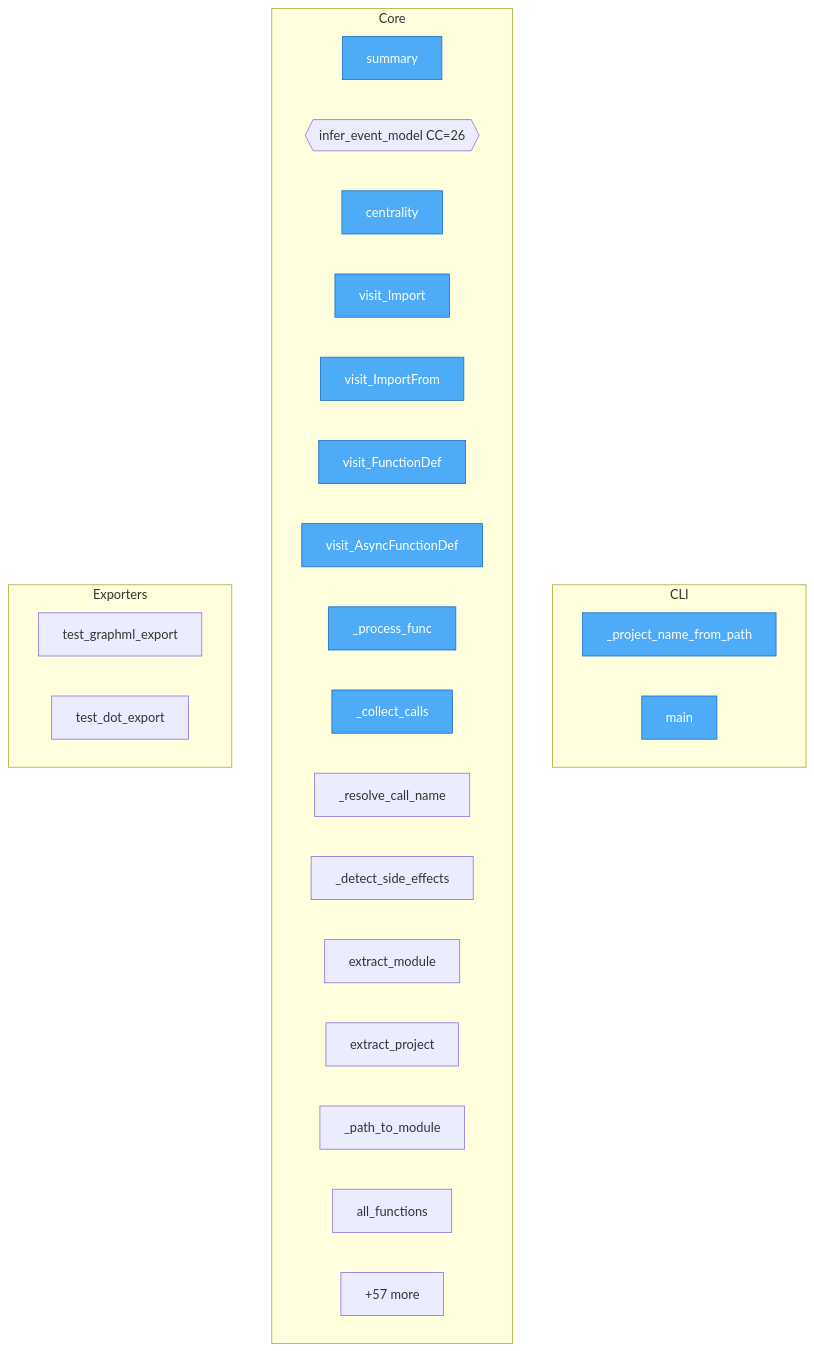
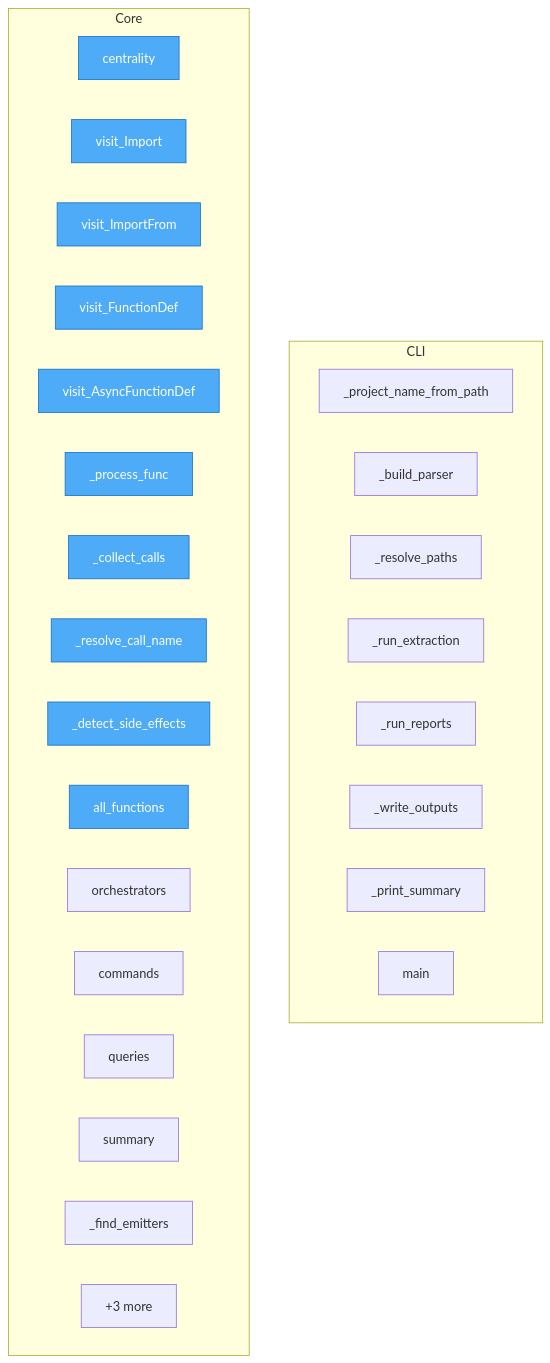
Before and after one commit to semcod/code2schema: the diagram in project/flow.mmd, drawn with Mermaid. The commit also changed 36 other files, not shown here.

```diff
--- a/project/flow.mmd
+++ b/project/flow.mmd
@@ -1,35 +1,37 @@
 flowchart TD
+%% generated in 0.00s
 
     %% Entry points (blue)
     classDef entry fill:#4dabf7,stroke:#1971c2,color:#fff
 
     subgraph CLI
         code2schema__cli___project_name_from_path["_project_name_from_path"]
+        code2schema__cli___build_parser["_build_parser"]
+        code2schema__cli___resolve_paths["_resolve_paths"]
+        code2schema__cli___run_extraction["_run_extraction"]
+        code2schema__cli___run_reports["_run_reports"]
+        code2schema__cli___write_outputs["_write_outputs"]
+        code2schema__cli___print_summary["_print_summary"]
         code2schema__cli__main["main"]
     end
 
     subgraph Core
-        code2schema__analyzer__events__EventModel__summary["summary"]
-        code2schema__analyzer__events__infer_event_model{{infer_event_model CC=26}}
         code2schema__analyzer__cqrs__centrality["centrality"]
         code2schema__core__extractor___FunctionVisitor__visit_Import["visit_Import"]
         code2schema__core__extractor___FunctionVisitor__visit_ImportFrom["visit_ImportFrom"]
         code2schema__core__extractor___FunctionVisitor__visit_FunctionDef["visit_FunctionDef"]
         code2schema__core__extractor___FunctionVisitor__visit_AsyncFunctionDef["visit_AsyncFunctionDef"]
         code2schema__core__extractor___FunctionVisitor___process_func["_process_func"]
         code2schema__core__extractor___FunctionVisitor___collect_calls["_collect_calls"]
         code2schema__core__extractor___FunctionVisitor___resolve_call_name["_resolve_call_name"]
         code2schema__core__extractor___FunctionVisitor___detect_side_effects["_detect_side_effects"]
-        code2schema__core__extractor__extract_module["extract_module"]
-        code2schema__core__extractor__extract_project["extract_project"]
-        code2schema__core__extractor___path_to_module["_path_to_module"]
         code2schema__core__models__SchemaIR__all_functions["all_functions"]
-        ...["+57 more"]
+        code2schema__core__models__SchemaIR__orchestrators["orchestrators"]
+        code2schema__core__models__SchemaIR__commands["commands"]
+        code2schema__core__models__SchemaIR__queries["queries"]
+        code2schema__analyzer__events__EventModel__summary["summary"]
+        code2schema__analyzer__events___find_emitters["_find_emitters"]
+        ...["+3 more"]
     end
 
-    subgraph Exporters
-        project__map__toon__test_graphml_export["test_graphml_export"]
-        project__map__toon__test_dot_export["test_dot_export"]
-    end
-
-    class code2schema__cli___project_name_from_path,code2schema__cli__main,code2schema__analyzer__events__EventModel__summary,code2schema__analyzer__cqrs__centrality,code2schema__core__extractor___FunctionVisitor__visit_Import,code2schema__core__extractor___FunctionVisitor__visit_ImportFrom,code2schema__core__extractor___FunctionVisitor__visit_FunctionDef,code2schema__core__extractor___FunctionVisitor__visit_AsyncFunctionDef,code2schema__core__extractor___FunctionVisitor___process_func,code2schema__core__extractor___FunctionVisitor___collect_calls entry
+    class code2schema__analyzer__cqrs__centrality,code2schema__core__extractor___FunctionVisitor__visit_Import,code2schema__core__extractor___FunctionVisitor__visit_ImportFrom,code2schema__core__extractor___FunctionVisitor__visit_FunctionDef,code2schema__core__extractor___FunctionVisitor__visit_AsyncFunctionDef,code2schema__core__extractor___FunctionVisitor___process_func,code2schema__core__extractor___FunctionVisitor___collect_calls,code2schema__core__extractor___FunctionVisitor___resolve_call_name,code2schema__core__extractor___FunctionVisitor___detect_side_effects,code2schema__core__models__SchemaIR__all_functions entry
```
